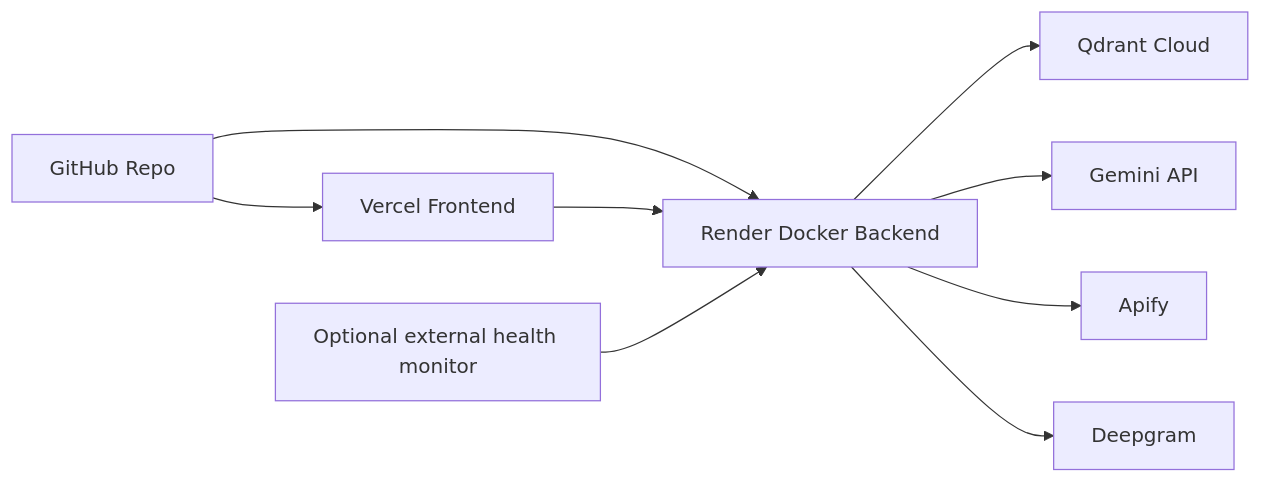
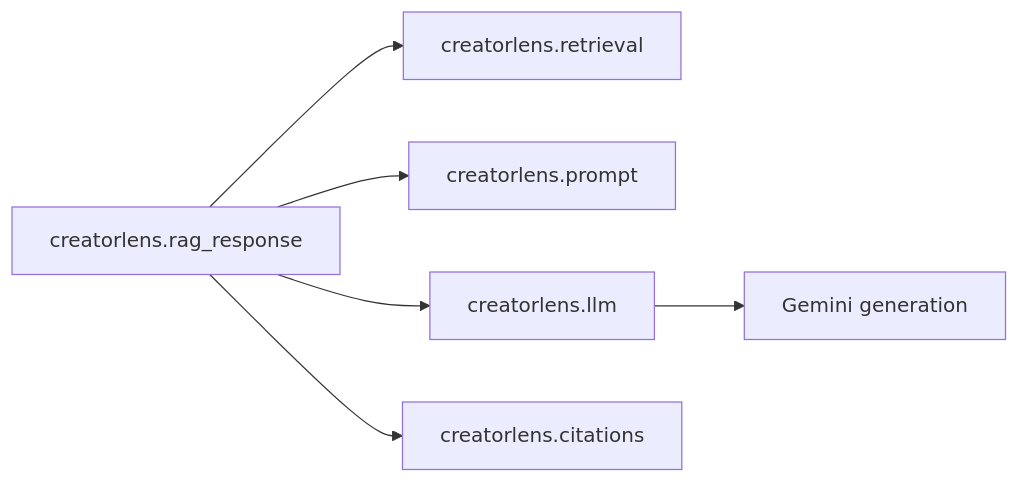
One commit to DiloJan-26/CreatorLens-AI changed the fourth of 4 diagrams in README.md. Above: the diagram before and after it, drawn with Mermaid. The commit also changed other lines of this file and 8 other files, not shown here.

````diff
--- a/README.md
+++ b/README.md
@@ -455,11 +479,8 @@
 ```mermaid
 flowchart LR
-    GH[GitHub Repo] --> VERCEL[Vercel Frontend]
-    GH --> RENDER[Render Docker Backend]
-    RENDER --> QDRANT[Qdrant Cloud]
-    RENDER --> GEMINI[Gemini API]
-    RENDER --> APIFY[Apify]
-    RENDER --> DEEPGRAM[Deepgram]
-    VERCEL --> RENDER
-    MONITOR[Optional external health monitor] --> RENDER
+    ROOT[creatorlens.rag_response] --> RET[creatorlens.retrieval]
+    ROOT --> PR[creatorlens.prompt]
+    ROOT --> LLM[creatorlens.llm]
+    LLM --> GEM[Gemini generation]
+    ROOT --> CIT[creatorlens.citations]
 ```
````
